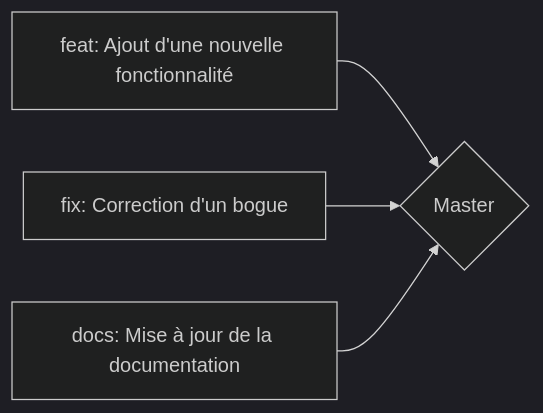
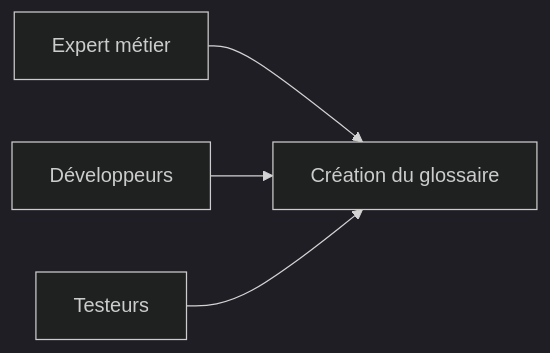
Before and after one commit to Tan-Software/bonnes-pratiques-git: the sixth of 21 diagrams in README.md, drawn with Mermaid (dark theme). The commit also changed other lines of this file, not shown here.

````diff
--- a/README.md
+++ b/README.md
@@ -35,7 +248,6 @@
 ```mermaid
 graph LR
-A[feat: Ajout d'une nouvelle fonctionnalité] --> B{Master}
-C[fix: Correction d'un bogue] --> B
-D[docs: Mise à jour de la documentation] --> B
-
+A[Expert métier] --> B[Création du glossaire]
+C[Développeurs] --> B
+D[Testeurs] --> B
 ```
````
